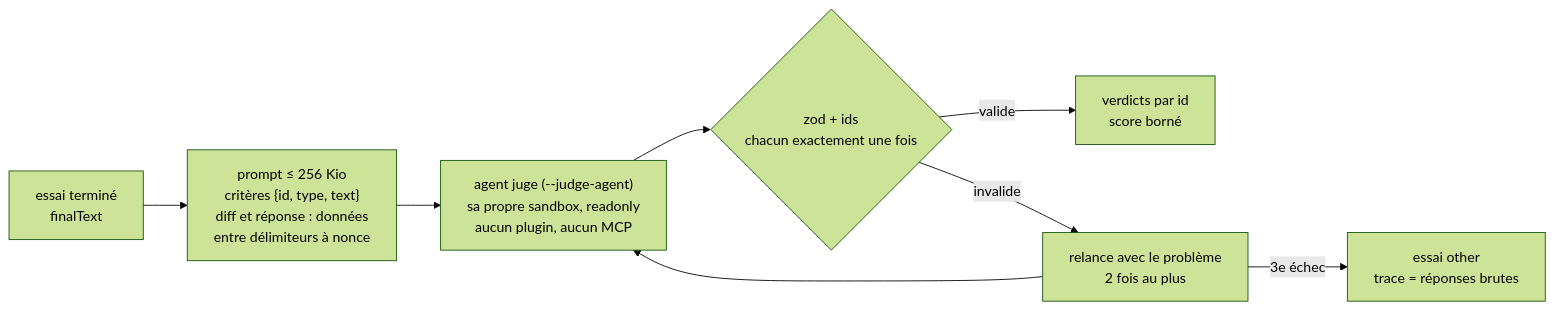
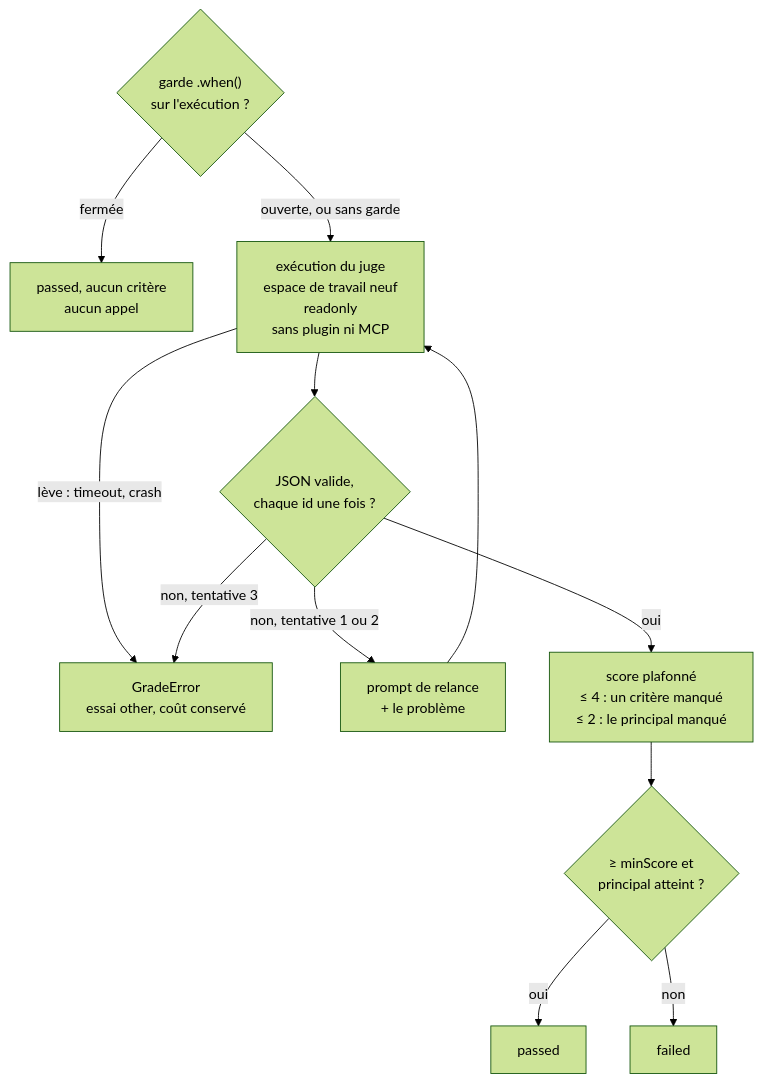
The diagram in docs/fr/writing-evals/judge.md (Luce-Florian/proctor), drawn with Mermaid (forest theme) before and after one commit. The commit also changed other lines of this file and 23 other files, not shown here.

First line of the commit message:
docs: show the lifecycle, the judge, the sandbox and the reports as diagrams

````diff
--- a/docs/fr/writing-evals/judge.md
+++ b/docs/fr/writing-evals/judge.md
@@ -23,10 +23,13 @@
 ```mermaid
-flowchart LR
-    T["essai terminé<br/>finalText"] --> P["prompt ≤ 256 Kio<br/>critères {id, type, text}<br/>diff et réponse : données<br/>entre délimiteurs à nonce"]
-    P --> J["agent juge (--judge-agent)<br/>sa propre sandbox, readonly<br/>aucun plugin, aucun MCP"]
-    J --> Z{"zod + ids<br/>chacun exactement une fois"}
-    Z -->|valide| G["verdicts par id<br/>score borné"]
-    Z -->|invalide| R["relance avec le problème<br/>2 fois au plus"]
-    R --> J
-    R -->|3e échec| O["essai other<br/>trace = réponses brutes"]
+flowchart TD
+    W{"garde .when()<br/>sur l'exécution ?"} -->|fermée| NA["passed, aucun critère<br/>aucun appel"]
+    W -->|"ouverte, ou sans garde"| J["exécution du juge<br/>espace de travail neuf<br/>readonly<br/>sans plugin ni MCP"]
+    J -->|"lève : timeout, crash"| O["GradeError<br/>essai other, coût conservé"]
+    J --> V{"JSON valide,<br/>chaque id une fois ?"}
+    V -->|"non, tentative 1 ou 2"| R["prompt de relance<br/>+ le problème"] --> J
+    V -->|"non, tentative 3"| O
+    V -->|oui| S["score plafonné<br/>≤ 4 : un critère manqué<br/>≤ 2 : le principal manqué"]
+    S --> G{"≥ minScore et<br/>principal atteint ?"}
+    G -->|oui| PA[passed]
+    G -->|non| FA[failed]
 ```
````
